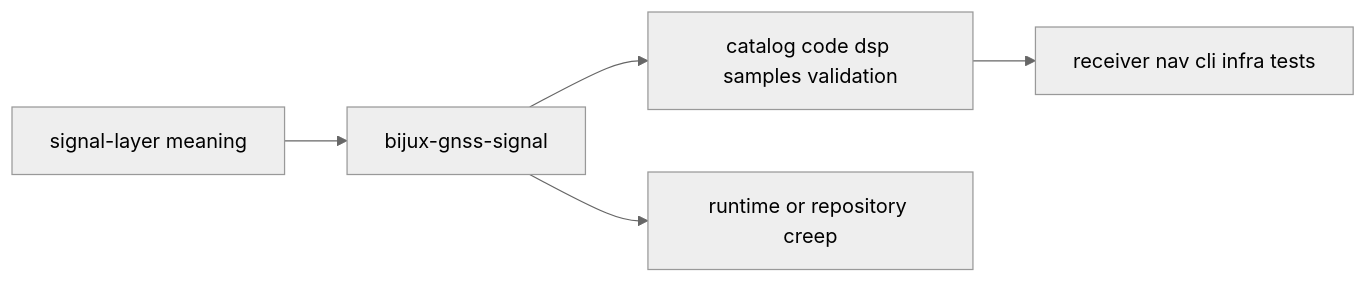
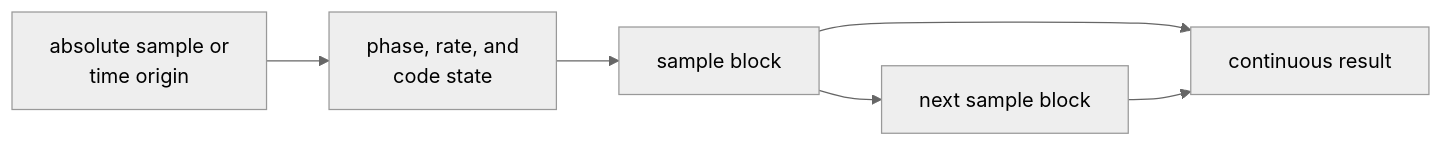
The second of 2 diagrams in docs/06-bijux-gnss-signal/foundation/index.md (bijux/bijux-telecom), drawn with Mermaid (neutral theme) before and after one commit. The commit also changed other lines of this file and 1 other file, not shown here.

Commit message:
docs(signal): connect physical contracts to consumers

````diff
--- a/docs/06-bijux-gnss-signal/foundation/index.md
+++ b/docs/06-bijux-gnss-signal/foundation/index.md
@@ -18,11 +63,12 @@
 ```mermaid
 flowchart LR
-    signal["signal-layer meaning"]
-    crate["bijux-gnss-signal"]
-    contracts["catalog code dsp samples validation"]
-    downstream["receiver nav cli infra tests"]
-    drift["runtime or repository creep"]
+    origin["absolute sample or<br/>time origin"]
+    state["phase, rate, and<br/>code state"]
+    first["sample block"]
+    second["next sample block"]
+    joined["continuous result"]
 
-    signal --> crate --> contracts --> downstream
-    crate --> drift
+    origin --> state --> first --> second
+    first --> joined
+    second --> joined
 ```
````
